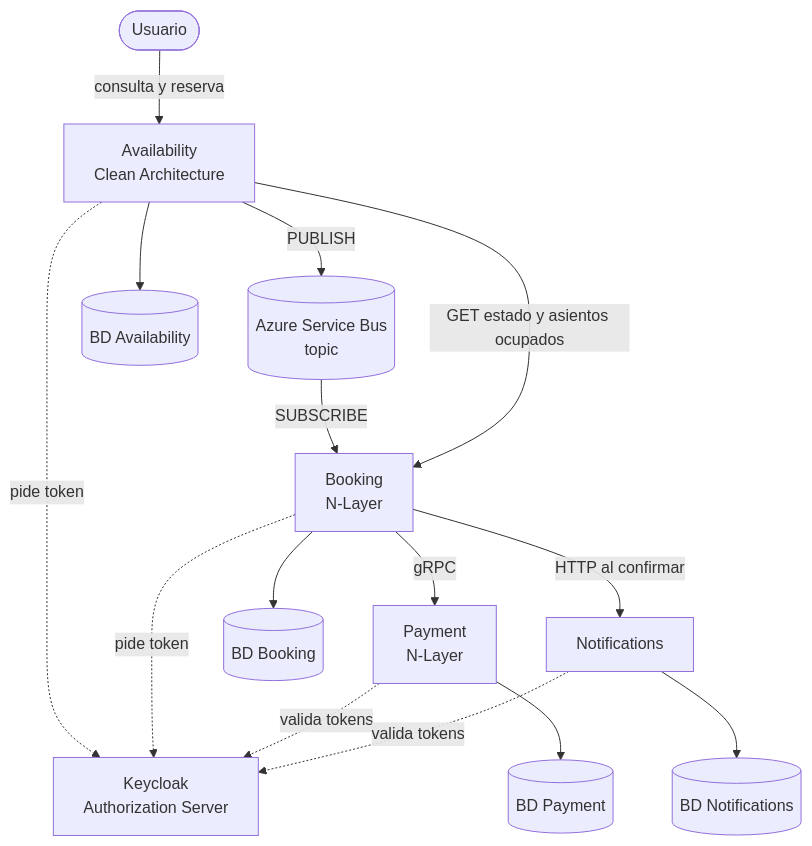
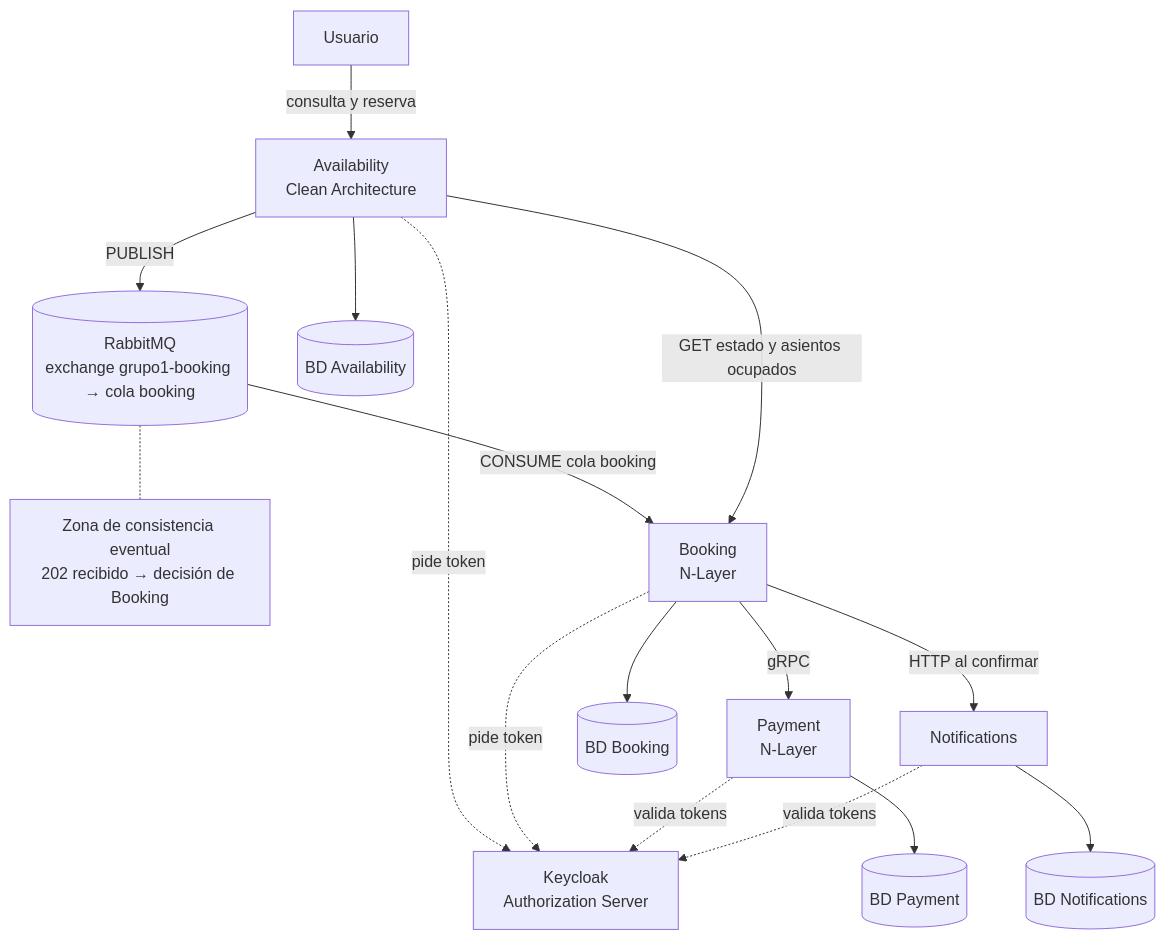
One commit to IgnacioKobylanski/ProgramacionIV-TP-Grupo-I changed the diagram in seat-reservation/README.md. Above: the diagram before and after it, drawn with Mermaid. The commit also changed other lines of this file, not shown here.

First line of the commit message:
docs: actualizar README: broker a RabbitMQ, agregar auth con Google y tabla de equipo

````diff
--- a/seat-reservation/README.md
+++ b/seat-reservation/README.md
@@ -9,17 +9,20 @@
 ```mermaid
+
 graph TD
-    U([Usuario]) -->|consulta y reserva| A[Availability<br/>Clean Architecture]
-    A -->|PUBLISH| S[(Azure Service Bus<br/>topic)]
-    S -->|SUBSCRIBE| B[Booking<br/>N-Layer]
+    U["Usuario"] -->|consulta y reserva| A["Availability<br/>Clean Architecture"]
+    A -->|PUBLISH| S[("RabbitMQ<br/>exchange grupo1-booking → cola booking")]
+    S -.- EC["Zona de consistencia eventual<br/>202 recibido → decisión de Booking"]
+    S -->|CONSUME cola booking| B["Booking<br/>N-Layer"]
     A -->|GET estado y asientos ocupados| B
-    B -->|gRPC| P[Payment<br/>N-Layer]
-    B -->|HTTP al confirmar| N[Notifications]
-    A -.->|pide token| K[Keycloak<br/>Authorization Server]
+    B -->|gRPC| P["Payment<br/>N-Layer"]
+    B -->|HTTP al confirmar| N["Notifications"]
+    A -.->|pide token| K["Keycloak<br/>Authorization Server"]
     B -.->|pide token| K
     P -.->|valida tokens| K
     N -.->|valida tokens| K
-    A --> DA[(BD Availability)]
-    B --> DB[(BD Booking)]
-    P --> DP[(BD Payment)]
-    N --> DN[(BD Notifications)]
+    A --> DA[("BD Availability")]
+    B --> DB[("BD Booking")]
+    P --> DP[("BD Payment")]
+    N --> DN[("BD Notifications")]
+
 ```
````
